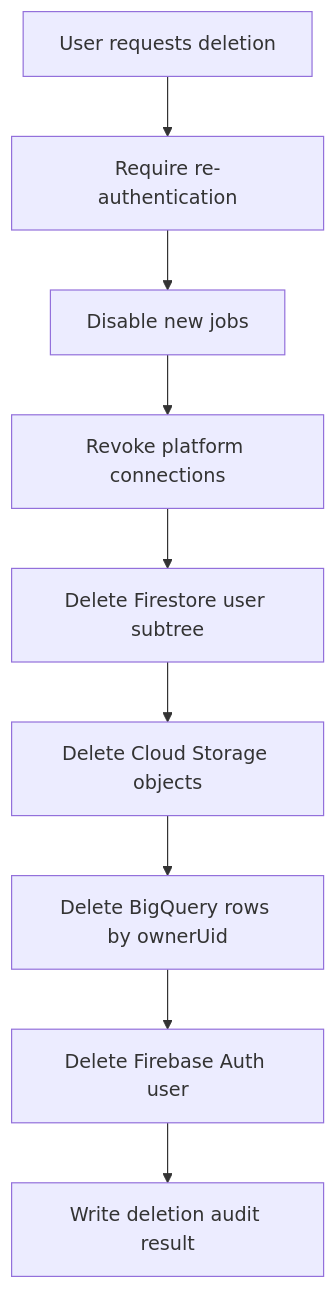
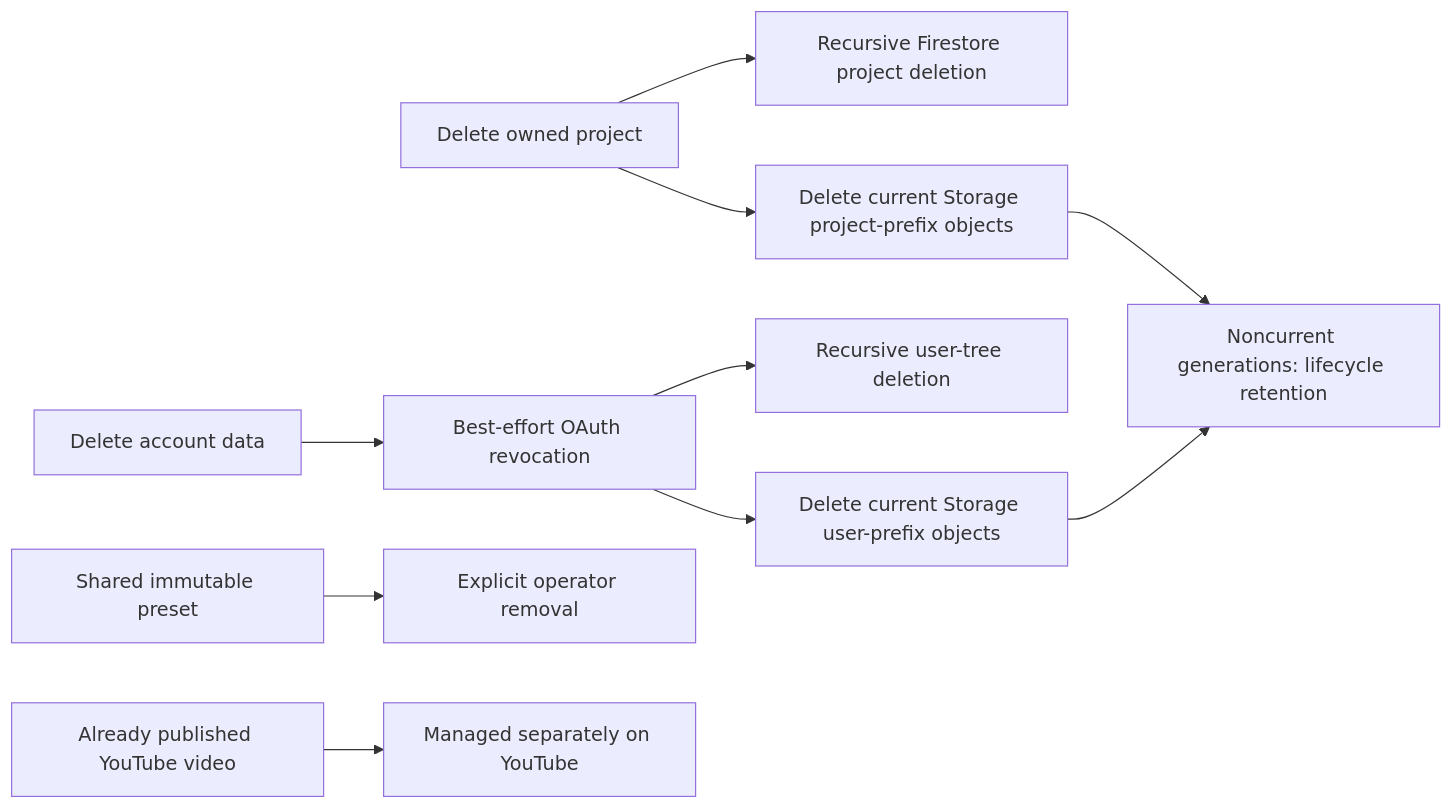
The fifth of 5 diagrams in docs/technical-design/diagrams.md (Saad-Surve/aibuildercup), drawn with Mermaid before and after one commit. The commit also changed other lines of this file and 34 other files, not shown here.

````diff
--- a/docs/technical-design/diagrams.md
+++ b/docs/technical-design/diagrams.md
@@ -317,11 +136,12 @@
-~~~mermaid
-flowchart TD
-    A[User requests deletion] --> B[Require re-authentication]
-    B --> C[Disable new jobs]
-    C --> D[Revoke platform connections]
-    D --> E[Delete Firestore user subtree]
-    E --> F[Delete Cloud Storage objects]
-    F --> G[Delete BigQuery rows by ownerUid]
-    G --> H[Delete Firebase Auth user]
-    H --> I[Write deletion audit result]
-~~~
+```mermaid
+flowchart LR
+    ProjectDelete[Delete owned project] --> Tree[Recursive Firestore project deletion]
+    ProjectDelete --> Live[Delete current Storage project-prefix objects]
+    AccountDelete[Delete account data] --> Revoke[Best-effort OAuth revocation]
+    Revoke --> UserTree[Recursive user-tree deletion]
+    Revoke --> UserLive[Delete current Storage user-prefix objects]
+    Live --> Versions[Noncurrent generations: lifecycle retention]
+    UserLive --> Versions
+    Shared[Shared immutable preset] --> Operator[Explicit operator removal]
+    Published[Already published YouTube video] --> External[Managed separately on YouTube]
+```
````
